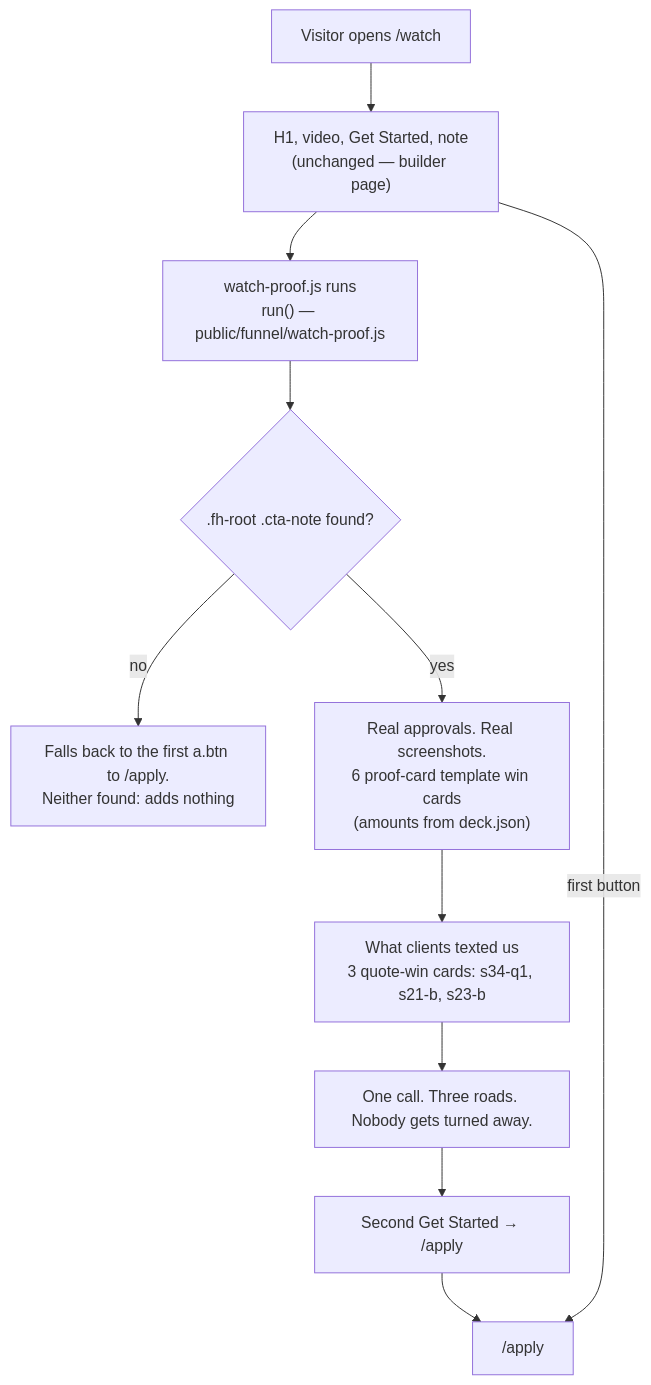
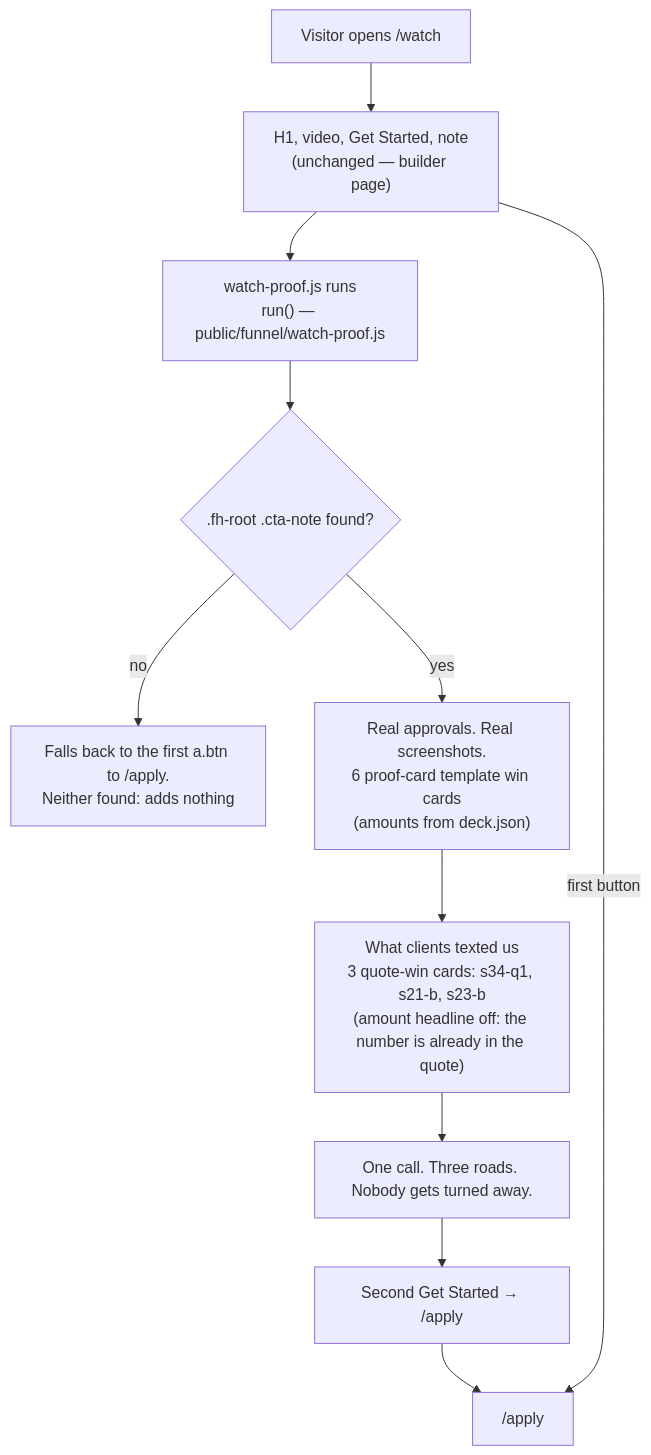
Before and after one commit to ZootimusMaximusSupreme/Fundhub_ai: the first of 2 diagrams in docs/journeys/sorting-hat-pages-flow.md, drawn with Mermaid. The commit also changed other lines of this file and 8 other files, not shown here.

````diff
--- a/docs/journeys/sorting-hat-pages-flow.md
+++ b/docs/journeys/sorting-hat-pages-flow.md
@@ -17,13 +17,13 @@
 ```mermaid
 flowchart TD
     A["Visitor opens /watch"] --> B["H1, video, Get Started, note<br/>(unchanged — builder page)"]
     B --> C["watch-proof.js runs<br/>run() — public/funnel/watch-proof.js"]
     C --> D{".fh-root .cta-note found?"}
     D -->|no| E["Falls back to the first a.btn to /apply.<br/>Neither found: adds nothing"]
     D -->|yes| F["Real approvals. Real screenshots.<br/>6 proof-card template win cards<br/>(amounts from deck.json)"]
-    F --> G["What clients texted us<br/>3 quote-win cards: s34-q1, s21-b, s23-b"]
+    F --> G["What clients texted us<br/>3 quote-win cards: s34-q1, s21-b, s23-b<br/>(amount headline off: the number is already in the quote)"]
     G --> H["One call. Three roads. Nobody gets turned away."]
     H --> I["Second Get Started → /apply"]
     B -->|first button| J["/apply"]
     I --> J
 ```
````
